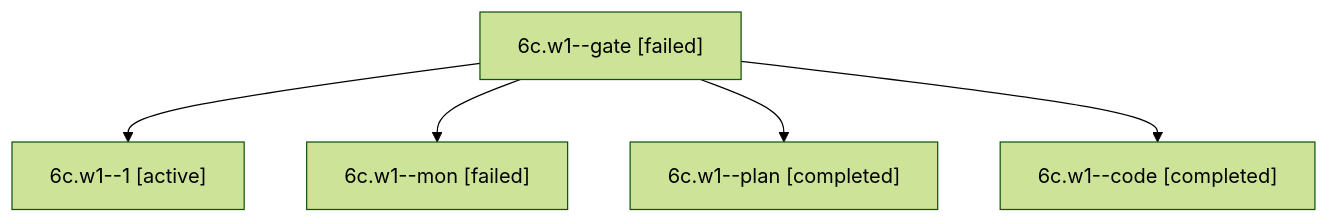
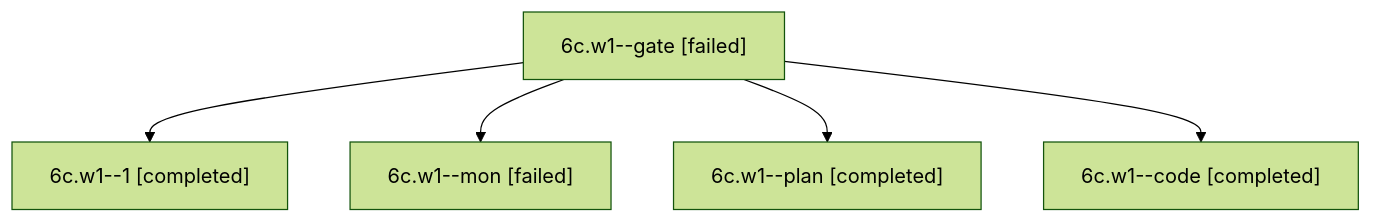
One commit to bobs-org/bob-cli--agents changed the diagram in sessions/bbugyi200.apollo.6c.w1.md. Above: the diagram before and after it, drawn with Mermaid (forest theme). The commit also changed other lines of this file and 49 other files, not shown here.

````diff
--- a/sessions/bbugyi200.apollo.6c.w1.md
+++ b/sessions/bbugyi200.apollo.6c.w1.md
@@ -9,12 +9,12 @@
 ```mermaid
 flowchart TD
   n0["6c.w1--gate [failed]"]
-  n1["6c.w1--1 [active]"]
+  n1["6c.w1--1 [completed]"]
   n0 --> n1
   n2["6c.w1--mon [failed]"]
   n0 --> n2
   n3["6c.w1--plan [completed]"]
   n0 --> n3
   n4["6c.w1--code [completed]"]
   n0 --> n4
 ```
````
